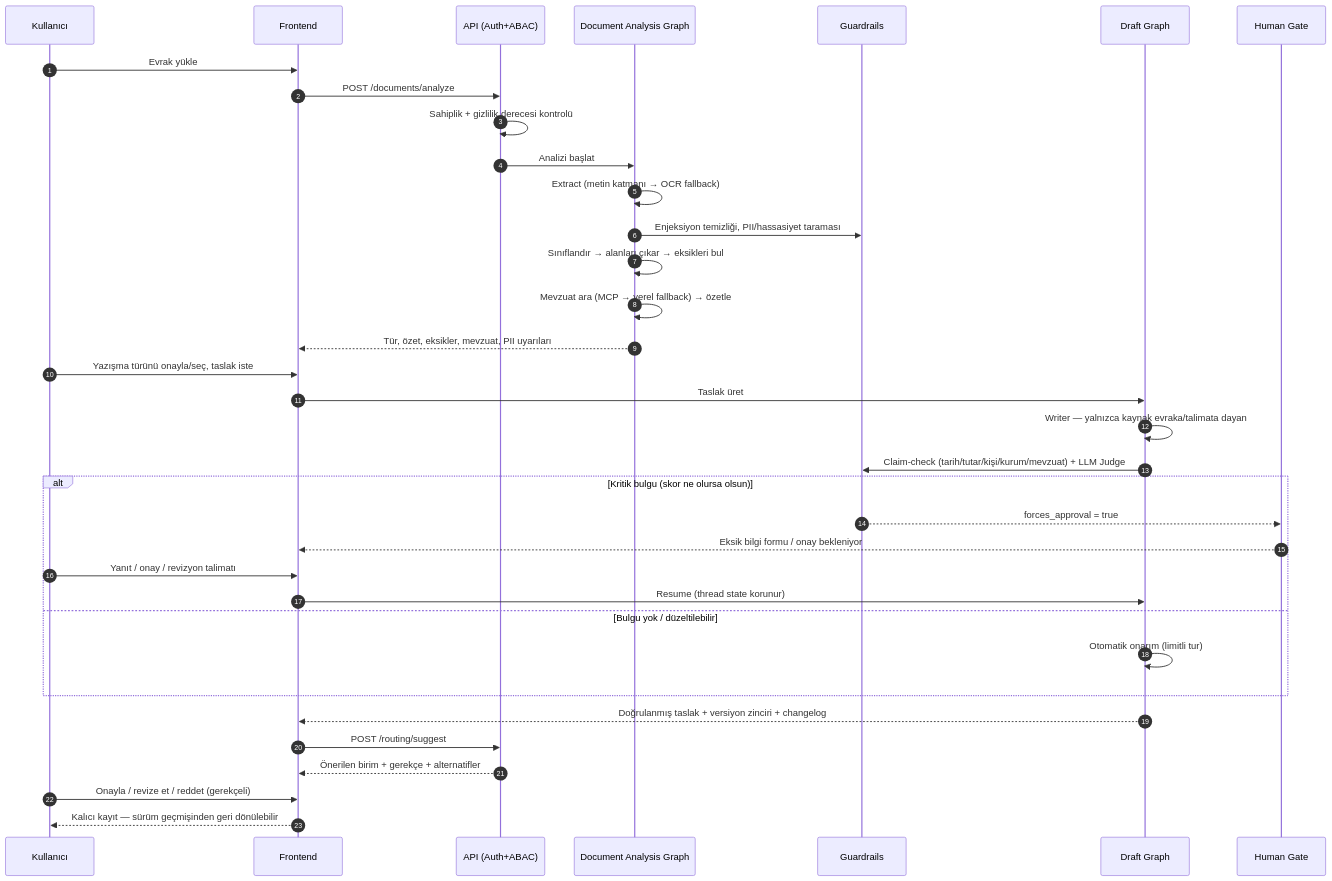
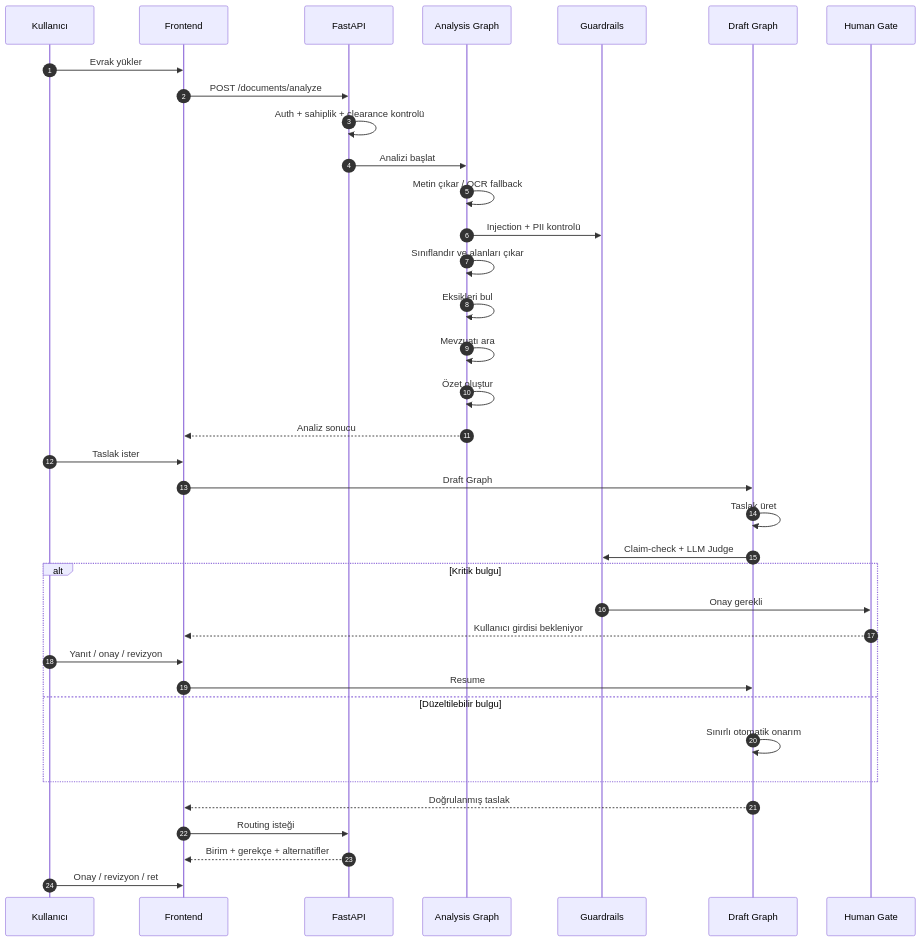
Before and after one commit to chyp3r/KACHOW-Teknofest-2026: the fourth of 9 diagrams in README.md, drawn with Mermaid. The commit also changed other lines of this file, not shown here.

Commit message:
update(readme): update the readme with better descriptions and diagrams

````diff
--- a/README.md
+++ b/README.md
@@ -432,40 +319,47 @@
 ```mermaid
 sequenceDiagram
     autonumber
+
     participant U as Kullanıcı
     participant F as Frontend
-    participant A as API (Auth+ABAC)
-    participant DA as Document Analysis Graph
+    participant A as FastAPI
+    participant D as Analysis Graph
     participant G as Guardrails
-    participant D as Draft Graph
+    participant T as Draft Graph
     participant H as Human Gate
 
-    U->>F: Evrak yükle
+    U->>F: Evrak yükler
     F->>A: POST /documents/analyze
-    A->>A: Sahiplik + gizlilik derecesi kontrolü
-    A->>DA: Analizi başlat
-    DA->>DA: Extract (metin katmanı → OCR fallback)
-    DA->>G: Enjeksiyon temizliği, PII/hassasiyet taraması
-    DA->>DA: Sınıflandır → alanları çıkar → eksikleri bul
-    DA->>DA: Mevzuat ara (MCP → yerel fallback) → özetle
-    DA-->>F: Tür, özet, eksikler, mevzuat, PII uyarıları
+    A->>A: Auth + sahiplik + clearance kontrolü
+    A->>D: Analizi başlat
 
-    U->>F: Yazışma türünü onayla/seç, taslak iste
-    F->>D: Taslak üret
-    D->>D: Writer — yalnızca kaynak evraka/talimata dayan
-    D->>G: Claim-check (tarih/tutar/kişi/kurum/mevzuat) + LLM Judge
-    alt Kritik bulgu (skor ne olursa olsun)
-        G-->>H: forces_approval = true
-        H-->>F: Eksik bilgi formu / onay bekleniyor
-        U->>F: Yanıt / onay / revizyon talimatı
-        F->>D: Resume (thread state korunur)
-    else Bulgu yok / düzeltilebilir
-        D->>D: Otomatik onarım (limitli tur)
+    D->>D: Metin çıkar / OCR fallback
+    D->>G: Injection + PII kontrolü
+    D->>D: Sınıflandır ve alanları çıkar
+    D->>D: Eksikleri bul
+    D->>D: Mevzuatı ara
+    D->>D: Özet oluştur
+    D-->>F: Analiz sonucu
+
+    U->>F: Taslak ister
+    F->>T: Draft Graph
+
+    T->>T: Taslak üret
+    T->>G: Claim-check + LLM Judge
+
+    alt Kritik bulgu
+        G->>H: Onay gerekli
+        H-->>F: Kullanıcı girdisi bekleniyor
+        U->>F: Yanıt / onay / revizyon
+        F->>T: Resume
+    else Düzeltilebilir bulgu
+        T->>T: Sınırlı otomatik onarım
     end
-    D-->>F: Doğrulanmış taslak + versiyon zinciri + changelog
 
-    F->>A: POST /routing/suggest
-    A-->>F: Önerilen birim + gerekçe + alternatifler
-    U->>F: Onayla / revize et / reddet (gerekçeli)
-    F-->>U: Kalıcı kayıt — sürüm geçmişinden geri dönülebilir
+    T-->>F: Doğrulanmış taslak
+
+    F->>A: Routing isteği
+    A-->>F: Birim + gerekçe + alternatifler
+
+    U->>F: Onay / revizyon / ret
 ```
````
